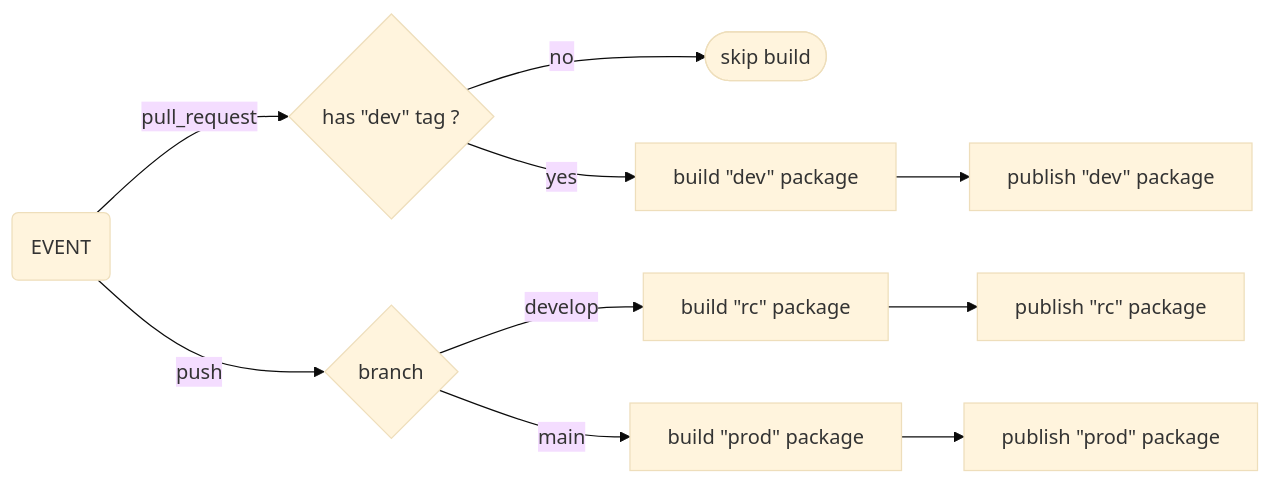
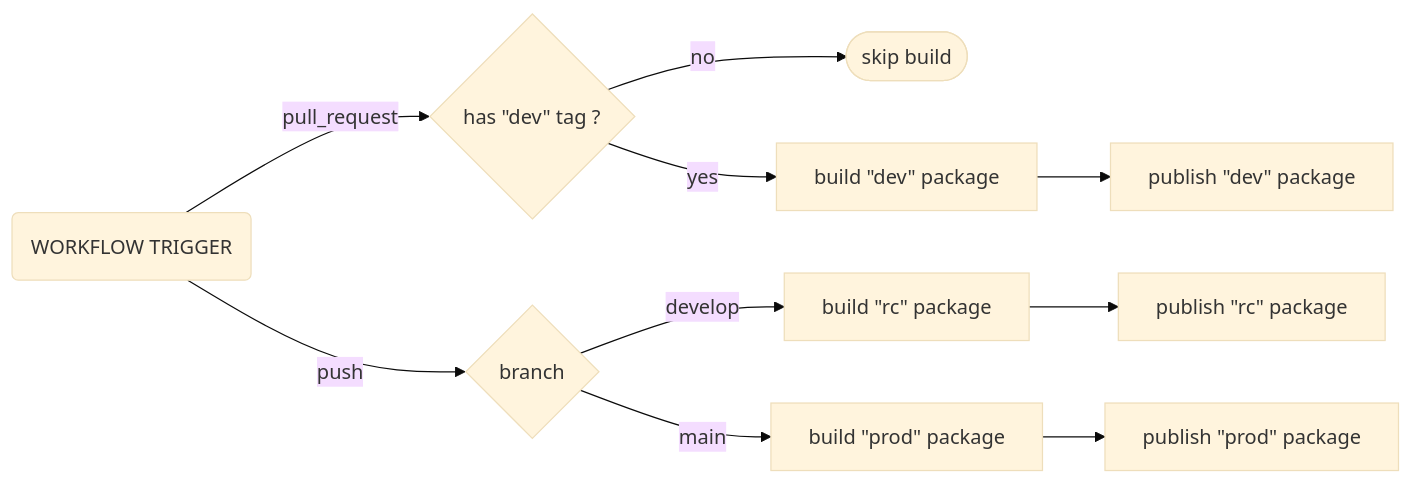
Before and after one commit to xstd-js/deep-map: the diagram in CONTRIBUTING.md, drawn with Mermaid (base theme). The commit also changed other lines of this file and 14 other files, not shown here.

````diff
--- a/CONTRIBUTING.md
+++ b/CONTRIBUTING.md
@@ -95,26 +99,26 @@
 ```mermaid
 flowchart LR
-  EVENT("EVENT")
+  EVENT("WORKFLOW TRIGGER")
   HAS_DEV_TAG{"has &quotdev&quot tag ?"}
   SKIP_BUILD(["skip build"])
   BUILD_DEV_PACKAGES["build &quotdev&quot package"]
   PUBLISH_DEV_PACKAGES["publish &quotdev&quot package"]
   BUILD_RC_PACKAGES["build &quotrc&quot package"]
   PUBLISH_RC_PACKAGES["publish &quotrc&quot package"]
   BUILD_PROD_PACKAGES["build &quotprod&quot package"]
   PUBLISH_PROD_PACKAGES["publish &quotprod&quot package"]
   TARGET_BRANCH{"branch"}
 
   EVENT -- "pull_request" --> HAS_DEV_TAG
   HAS_DEV_TAG -- "no" --> SKIP_BUILD
   HAS_DEV_TAG -- "yes" --> BUILD_DEV_PACKAGES
   BUILD_DEV_PACKAGES --> PUBLISH_DEV_PACKAGES
 
   EVENT -- "push" --> TARGET_BRANCH
 
   TARGET_BRANCH -- "develop" --> BUILD_RC_PACKAGES
   BUILD_RC_PACKAGES --> PUBLISH_RC_PACKAGES
 
   TARGET_BRANCH -- "main" --> BUILD_PROD_PACKAGES
   BUILD_PROD_PACKAGES --> PUBLISH_PROD_PACKAGES
 ```
````
